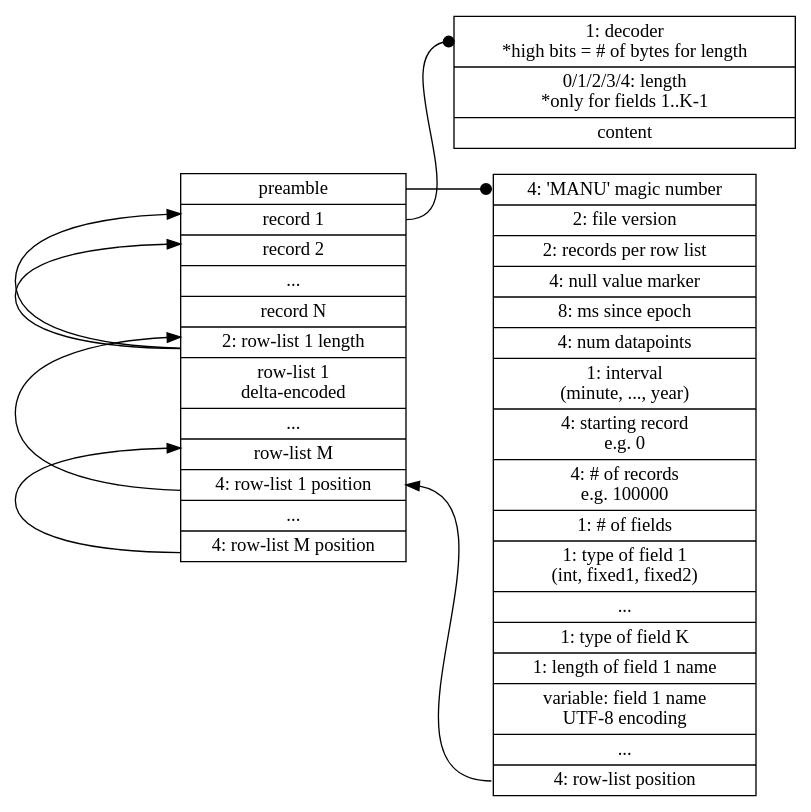
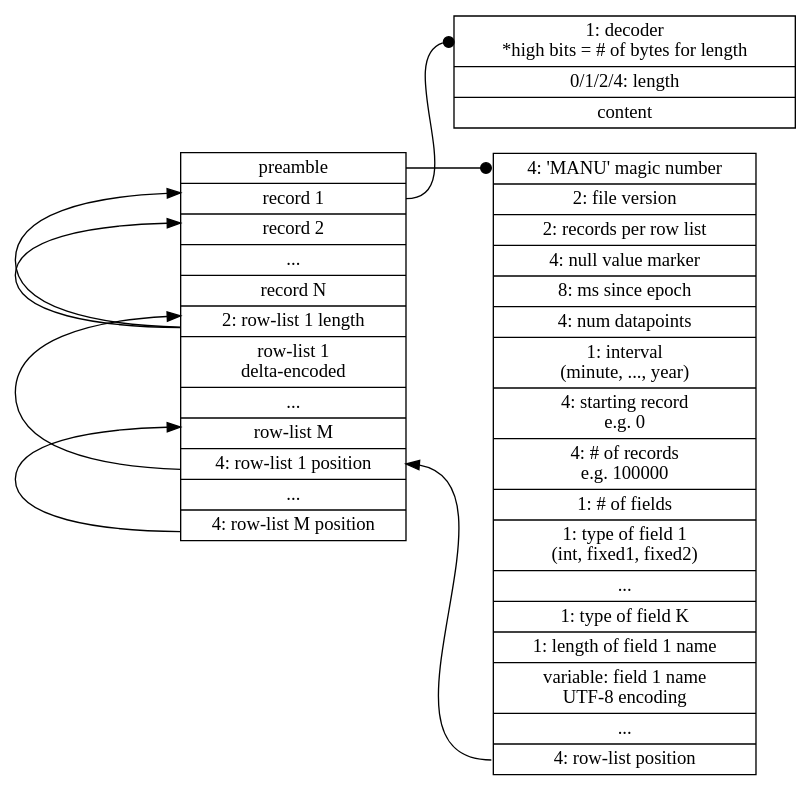
One commit to cldellow/manu changed the diagram in format/format.dot. Above: the diagram before and after it, drawn with Graphviz. The commit also changed 16 other files, not shown here.

First line of the commit message:
format: variable-length size fields

```diff
--- a/format/format.dot
+++ b/format/format.dot
@@ -1,55 +1,55 @@
 digraph structs {
   node [shape=record];
   rankdir=LR;
 
   composite [ label ="<preamble> preamble |
   <record1> record 1 |
   <record2> record 2 |
   ... |
   record N |
   <rowlist1>2: row-list 1 length|
   row-list 1\ndelta-encoded |
   ... |
   <rowlistm> row-list M |
   <rowlistpos> 4: row-list 1 position |
   ... |
   <rowlistposm> 4: row-list M position
 
   " ];
 
   preamble [ label="<start>
   4: 'MANU' magic number |
   2: file version |
   2: records per row list |
   4: null value marker |
   8: ms since epoch |
   4: num datapoints |
   1: interval\n(minute, ..., year) |
   4: starting record\ne.g. 0 |
   4: # of records\ne.g. 100000 |
   1: # of fields |
   1: type of field 1\n(int, fixed1, fixed2) |
   ... |
   1: type of field K |
   1: length of field 1 name |
   variable: field 1 name\nUTF-8 encoding |
   ... |
   <rowlistpos> 4: row-list position
   " ];
 
   record [ label = "<decoder>1: decoder\n*high bits = # of bytes for length |
-  0/1/2/3/4: length\n*only for fields 1..K-1 |
+  0/1/2/4: length |
   content
   " ];
 
   composite:preamble -> preamble:start [arrowhead=dot];
 
   preamble:rowlistpos -> composite:rowlistpos;
 
   composite:rowlistpos -> composite:rowlist1;
   composite:rowlistposm -> composite:rowlistm;
 
   composite:record1 -> record:decoder [arrowhead=dot];
   composite:rowlist1 -> composite:record1;
   composite:rowlist1 -> composite:record2;
 }
```
